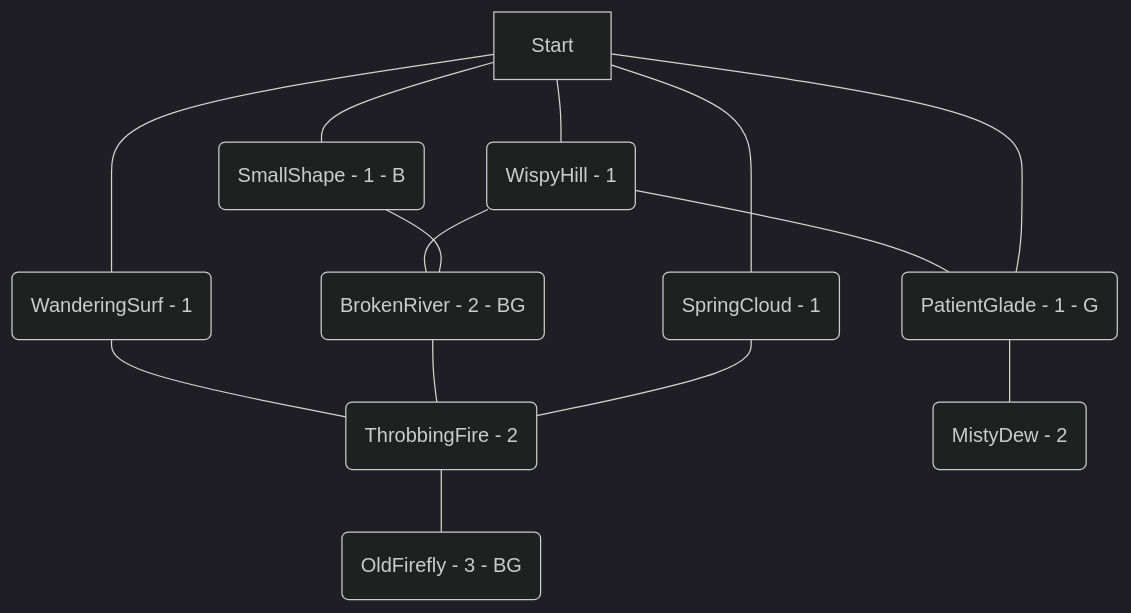
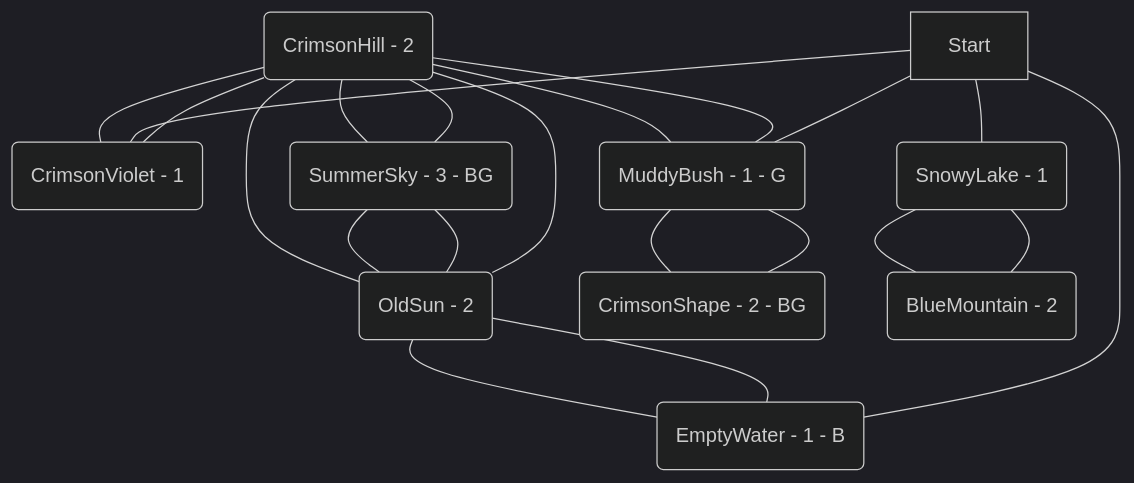
Before and after one commit to kinostl/Automatic-Liberation-Map: the diagram in examples/001.md, drawn with Mermaid (dark theme). The commit also changed other lines of this file and 10 other files, not shown here.

````diff
--- a/examples/001.md
+++ b/examples/001.md
@@ -4,16 +4,23 @@
 ```mermaid  
 flowchart TD  
-	EJMBDCRA(WanderingSurf - 1) --- flsOiBVv(ThrobbingFire - 2)  
-	flsOiBVv(ThrobbingFire - 2) --- GNjQwvUO(OldFirefly - 3 - BG)  
-	wzNFvdUk(WispyHill - 1) --- jVhMedJR(BrokenRiver - 2 - BG)  
-	wzNFvdUk(WispyHill - 1) --- arXliobL(PatientGlade - 1 - G)  
-	Start --- wzNFvdUk(WispyHill - 1)  
-	jVhMedJR(BrokenRiver - 2 - BG) --- flsOiBVv(ThrobbingFire - 2)  
-	Start --- arXliobL(PatientGlade - 1 - G)  
-	Start --- fgbCRtOm(SpringCloud - 1)  
-	fgbCRtOm(SpringCloud - 1) --- flsOiBVv(ThrobbingFire - 2)  
-	Start --- EJMBDCRA(WanderingSurf - 1)  
-	qxISPAuV(SmallShape - 1 - B) --- jVhMedJR(BrokenRiver - 2 - BG)  
-	arXliobL(PatientGlade - 1 - G) --- GgIAflum(MistyDew - 2)  
-	Start --- qxISPAuV(SmallShape - 1 - B)  
+	IDszWNrY(CrimsonHill - 2) --- iCqFztcY(CrimsonViolet - 1)  
+	vBycxbnQ(OldSun - 2) --- yetLzUnP(SummerSky - 3 - BG)  
+	yetLzUnP(SummerSky - 3 - BG) --- IDszWNrY(CrimsonHill - 2)  
+	IDszWNrY(CrimsonHill - 2) --- yetLzUnP(SummerSky - 3 - BG)  
+	Start --- DxPVutQA(SnowyLake - 1)  
+	iCqFztcY(CrimsonViolet - 1) --- IDszWNrY(CrimsonHill - 2)  
+	qmVltLGs(MuddyBush - 1 - G) --- JRjIcLtg(CrimsonShape - 2 - BG)  
+	MNnJUXFw(BlueMountain - 2) --- DxPVutQA(SnowyLake - 1)  
+	Start --- qmVltLGs(MuddyBush - 1 - G)  
+	qmVltLGs(MuddyBush - 1 - G) --- IDszWNrY(CrimsonHill - 2)  
+	tWUeiCaN(EmptyWater - 1 - B) --- vBycxbnQ(OldSun - 2)  
+	IDszWNrY(CrimsonHill - 2) --- vBycxbnQ(OldSun - 2)  
+	JRjIcLtg(CrimsonShape - 2 - BG) --- qmVltLGs(MuddyBush - 1 - G)  
+	Start --- iCqFztcY(CrimsonViolet - 1)  
+	IDszWNrY(CrimsonHill - 2) --- qmVltLGs(MuddyBush - 1 - G)  
+	Start --- tWUeiCaN(EmptyWater - 1 - B)  
+	vBycxbnQ(OldSun - 2) --- tWUeiCaN(EmptyWater - 1 - B)  
+	yetLzUnP(SummerSky - 3 - BG) --- vBycxbnQ(OldSun - 2)  
+	DxPVutQA(SnowyLake - 1) --- MNnJUXFw(BlueMountain - 2)  
+	vBycxbnQ(OldSun - 2) --- IDszWNrY(CrimsonHill - 2)  
 ```  
````
